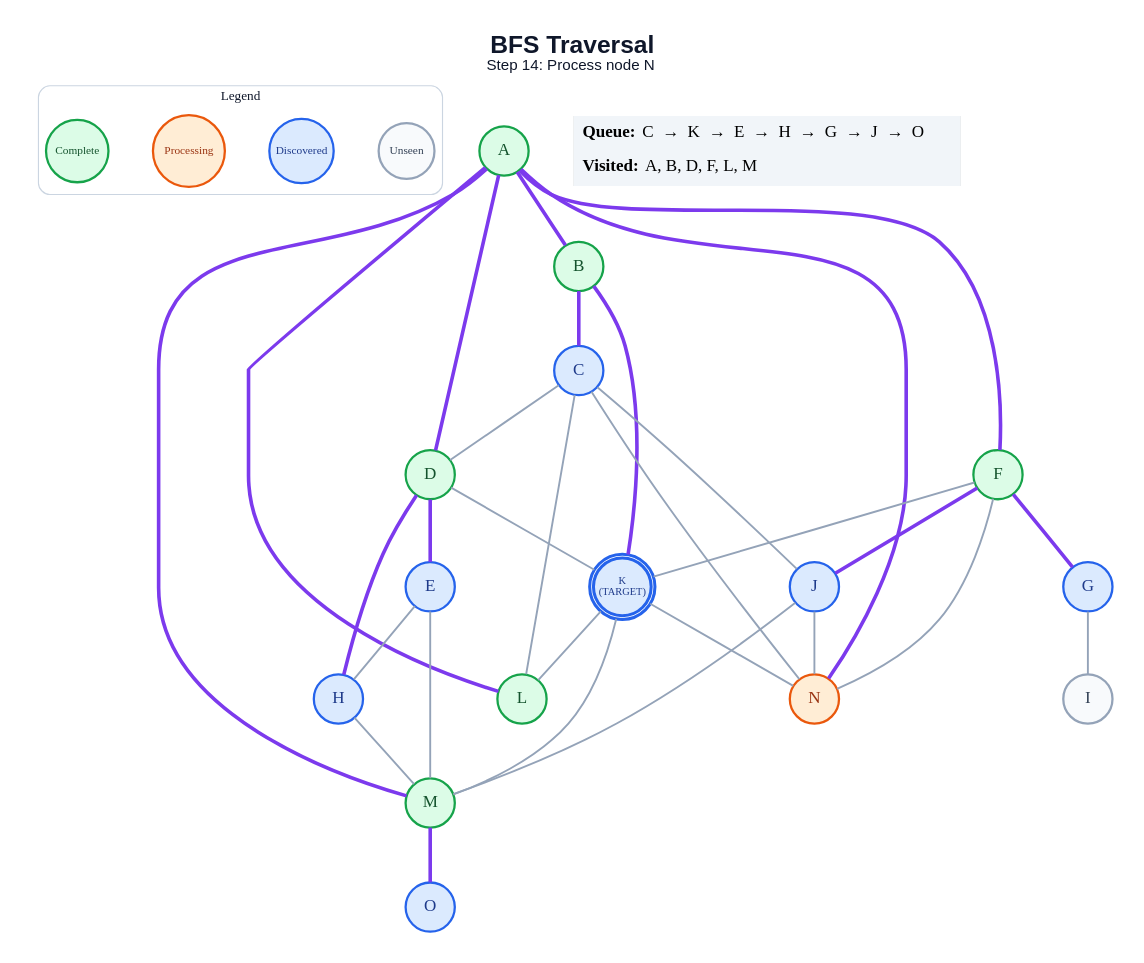
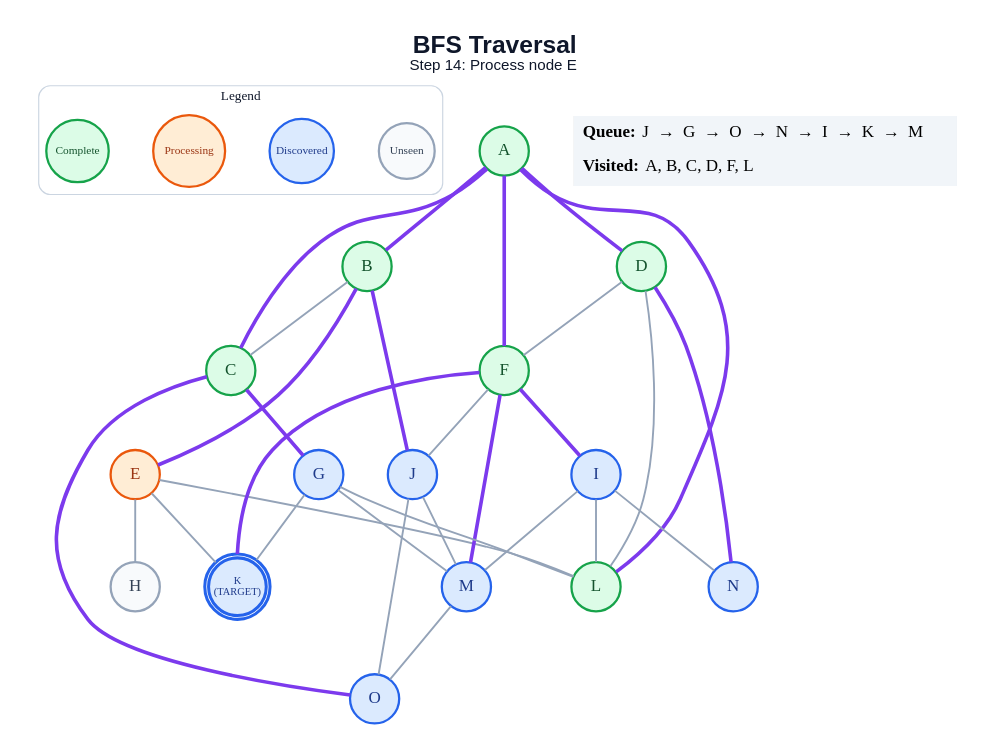
Before and after one commit to anon7238593-create/ai-slop: the diagram in generated/specific-node/bfs/step_14.dot, drawn with Graphviz. The commit also changed 211 other files, not shown here.

```diff
--- a/generated/specific-node/bfs/step_14.dot
+++ b/generated/specific-node/bfs/step_14.dot
@@ -1,63 +1,63 @@
 graph traversal {
   graph [layout=dot, rankdir=TB, bgcolor="#FFFFFF", pad="0.35", nodesep="0.65", ranksep="0.8", fontname="Arial"];
   node [shape=circle, style="filled", fontname="Arial Bold", fontsize=18, width=0.72, fixedsize=true, penwidth=2.4];
   edge [color="#94A3B8", penwidth=2.0];
-  label=<<B>BFS Traversal</B><BR/><FONT POINT-SIZE="16">Step 14: Process node N</FONT>>; labelloc="t"; fontsize=26; fontname="Arial"; fontcolor="#0F172A";
+  label=<<B>BFS Traversal</B><BR/><FONT POINT-SIZE="16">Step 14: Process node E</FONT>>; labelloc="t"; fontsize=26; fontname="Arial"; fontcolor="#0F172A";
   subgraph cluster_legend { label="Legend"; color="#CBD5E1"; penwidth=1.2; style="rounded"; fontsize=14; fontname="Arial Bold";
     key_unseen [label="Unseen", fillcolor="#F8FAFC", color="#94A3B8", fontcolor="#334155", fontsize=12, width=0.82];
     key_frontier [label="Discovered", fillcolor="#DBEAFE", color="#2563EB", fontcolor="#1E3A8A", fontsize=12, width=0.95];
     key_current [label="Processing", fillcolor="#FFEDD5", color="#EA580C", fontcolor="#9A3412", fontsize=12, width=1.05];
     key_done [label="Complete", fillcolor="#DCFCE7", color="#16A34A", fontcolor="#14532D", fontsize=12, width=0.92];
     { rank=same; key_unseen; key_frontier; key_current; key_done; }
   }
   A [label="A", fillcolor="#DCFCE7", color="#16A34A", fontcolor="#14532D", peripheries=1, penwidth=2.4];
   B [label="B", fillcolor="#DCFCE7", color="#16A34A", fontcolor="#14532D", peripheries=1, penwidth=2.4];
-  C [label="C", fillcolor="#DBEAFE", color="#2563EB", fontcolor="#1E3A8A", peripheries=1, penwidth=2.4];
+  C [label="C", fillcolor="#DCFCE7", color="#16A34A", fontcolor="#14532D", peripheries=1, penwidth=2.4];
   D [label="D", fillcolor="#DCFCE7", color="#16A34A", fontcolor="#14532D", peripheries=1, penwidth=2.4];
-  E [label="E", fillcolor="#DBEAFE", color="#2563EB", fontcolor="#1E3A8A", peripheries=1, penwidth=2.4];
+  E [label="E", fillcolor="#FFEDD5", color="#EA580C", fontcolor="#9A3412", peripheries=1, penwidth=2.4];
   F [label="F", fillcolor="#DCFCE7", color="#16A34A", fontcolor="#14532D", peripheries=1, penwidth=2.4];
   G [label="G", fillcolor="#DBEAFE", color="#2563EB", fontcolor="#1E3A8A", peripheries=1, penwidth=2.4];
-  H [label="H", fillcolor="#DBEAFE", color="#2563EB", fontcolor="#1E3A8A", peripheries=1, penwidth=2.4];
-  I [label="I", fillcolor="#F8FAFC", color="#94A3B8", fontcolor="#334155", peripheries=1, penwidth=2.4];
+  H [label="H", fillcolor="#F8FAFC", color="#94A3B8", fontcolor="#334155", peripheries=1, penwidth=2.4];
+  I [label="I", fillcolor="#DBEAFE", color="#2563EB", fontcolor="#1E3A8A", peripheries=1, penwidth=2.4];
   J [label="J", fillcolor="#DBEAFE", color="#2563EB", fontcolor="#1E3A8A", peripheries=1, penwidth=2.4];
   K [label="K\n(TARGET)", fillcolor="#DBEAFE", color="#2563EB", fontcolor="#1E3A8A", peripheries=2, penwidth=3.2, fontsize=11, width=0.85, height=0.85];
   L [label="L", fillcolor="#DCFCE7", color="#16A34A", fontcolor="#14532D", peripheries=1, penwidth=2.4];
-  M [label="M", fillcolor="#DCFCE7", color="#16A34A", fontcolor="#14532D", peripheries=1, penwidth=2.4];
-  N [label="N", fillcolor="#FFEDD5", color="#EA580C", fontcolor="#9A3412", peripheries=1, penwidth=2.4];
+  M [label="M", fillcolor="#DBEAFE", color="#2563EB", fontcolor="#1E3A8A", peripheries=1, penwidth=2.4];
+  N [label="N", fillcolor="#DBEAFE", color="#2563EB", fontcolor="#1E3A8A", peripheries=1, penwidth=2.4];
   O [label="O", fillcolor="#DBEAFE", color="#2563EB", fontcolor="#1E3A8A", peripheries=1, penwidth=2.4];
   A -- B [color="#7C3AED", penwidth=3.8];
+  A -- C [color="#7C3AED", penwidth=3.8];
   A -- D [color="#7C3AED", penwidth=3.8];
   A -- F [color="#7C3AED", penwidth=3.8];
   A -- L [color="#7C3AED", penwidth=3.8];
-  A -- M [color="#7C3AED", penwidth=3.8];
-  A -- N [color="#7C3AED", penwidth=3.8];
-  B -- C [color="#7C3AED", penwidth=3.8];
-  B -- K [color="#7C3AED", penwidth=3.8];
-  C -- D;
-  C -- J;
-  C -- L;
-  C -- N;
-  D -- E [color="#7C3AED", penwidth=3.8];
-  D -- H [color="#7C3AED", penwidth=3.8];
-  D -- K;
+  B -- C;
+  B -- E [color="#7C3AED", penwidth=3.8];
+  B -- J [color="#7C3AED", penwidth=3.8];
+  C -- G [color="#7C3AED", penwidth=3.8];
+  C -- O [color="#7C3AED", penwidth=3.8];
+  D -- F;
+  D -- L;
+  D -- N [color="#7C3AED", penwidth=3.8];
   E -- H;
-  E -- M;
-  F -- G [color="#7C3AED", penwidth=3.8];
-  F -- J [color="#7C3AED", penwidth=3.8];
-  F -- K;
-  F -- N;
-  G -- I;
-  H -- M;
+  E -- K;
+  E -- L;
+  F -- I [color="#7C3AED", penwidth=3.8];
+  F -- J;
+  F -- K [color="#7C3AED", penwidth=3.8];
+  F -- M [color="#7C3AED", penwidth=3.8];
+  G -- K;
+  G -- L;
+  G -- M;
+  I -- L;
+  I -- M;
+  I -- N;
   J -- M;
-  J -- N;
-  K -- L;
-  K -- M;
-  K -- N;
-  M -- O [color="#7C3AED", penwidth=3.8];
+  J -- O;
+  M -- O;
   status [shape=plain, fixedsize=false, width=0, height=0, margin=0, label=<
     <TABLE BORDER="0" CELLBORDER="0" CELLPADDING="7" BGCOLOR="#F1F5F9">
-      <TR><TD ALIGN="LEFT"><B>Queue:</B> C  →  K  →  E  →  H  →  G  →  J  →  O</TD></TR>
-      <TR><TD ALIGN="LEFT"><B>Visited:</B> A, B, D, F, L, M</TD></TR>
+      <TR><TD ALIGN="LEFT"><B>Queue:</B> J  →  G  →  O  →  N  →  I  →  K  →  M</TD></TR>
+      <TR><TD ALIGN="LEFT"><B>Visited:</B> A, B, C, D, F, L</TD></TR>
     </TABLE>
   >];
 }
```
